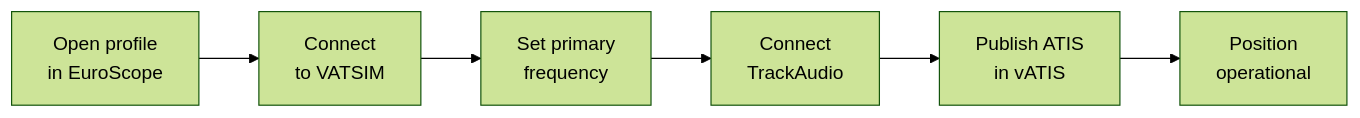
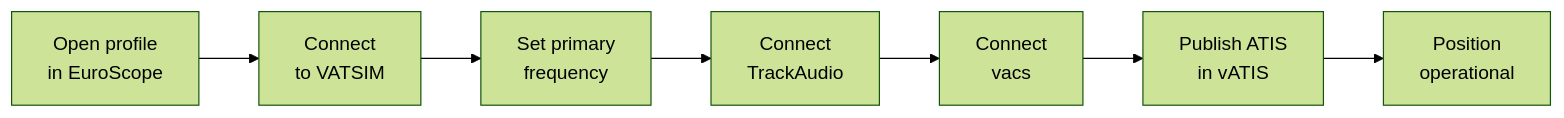
One commit to vatsim-brasil/atc-docs changed the first of 3 diagrams in docs/fundamentos/softwares/euroscope/utilizacao.en.md. Above: the diagram before and after it, drawn with Mermaid (forest theme). The commit also changed other lines of this file and 46 other files, not shown here.

````diff
--- a/docs/fundamentos/softwares/euroscope/utilizacao.en.md
+++ b/docs/fundamentos/softwares/euroscope/utilizacao.en.md
@@ -64,8 +71,9 @@
 ``` mermaid
 flowchart LR
     A[Open profile<br/>in EuroScope] --> B[Connect<br/>to VATSIM]
     B --> C[Set primary<br/>frequency]
     C --> D[Connect<br/>TrackAudio]
-    D --> E[Publish ATIS<br/>in vATIS]
+    D --> G[Connect<br/>vacs]
+    G --> E[Publish ATIS<br/>in vATIS]
     E --> F[Position<br/>operational]
 ```
````
